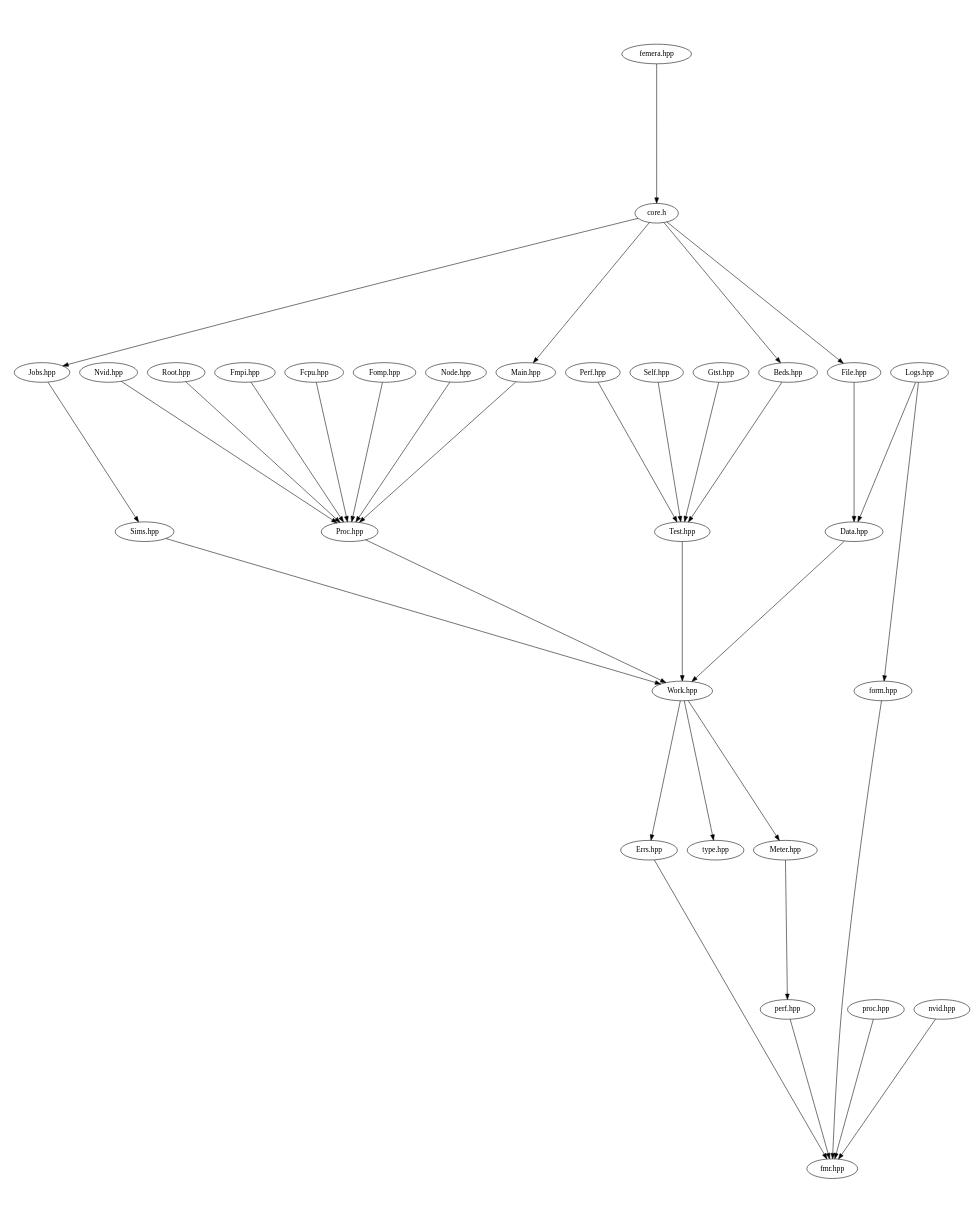
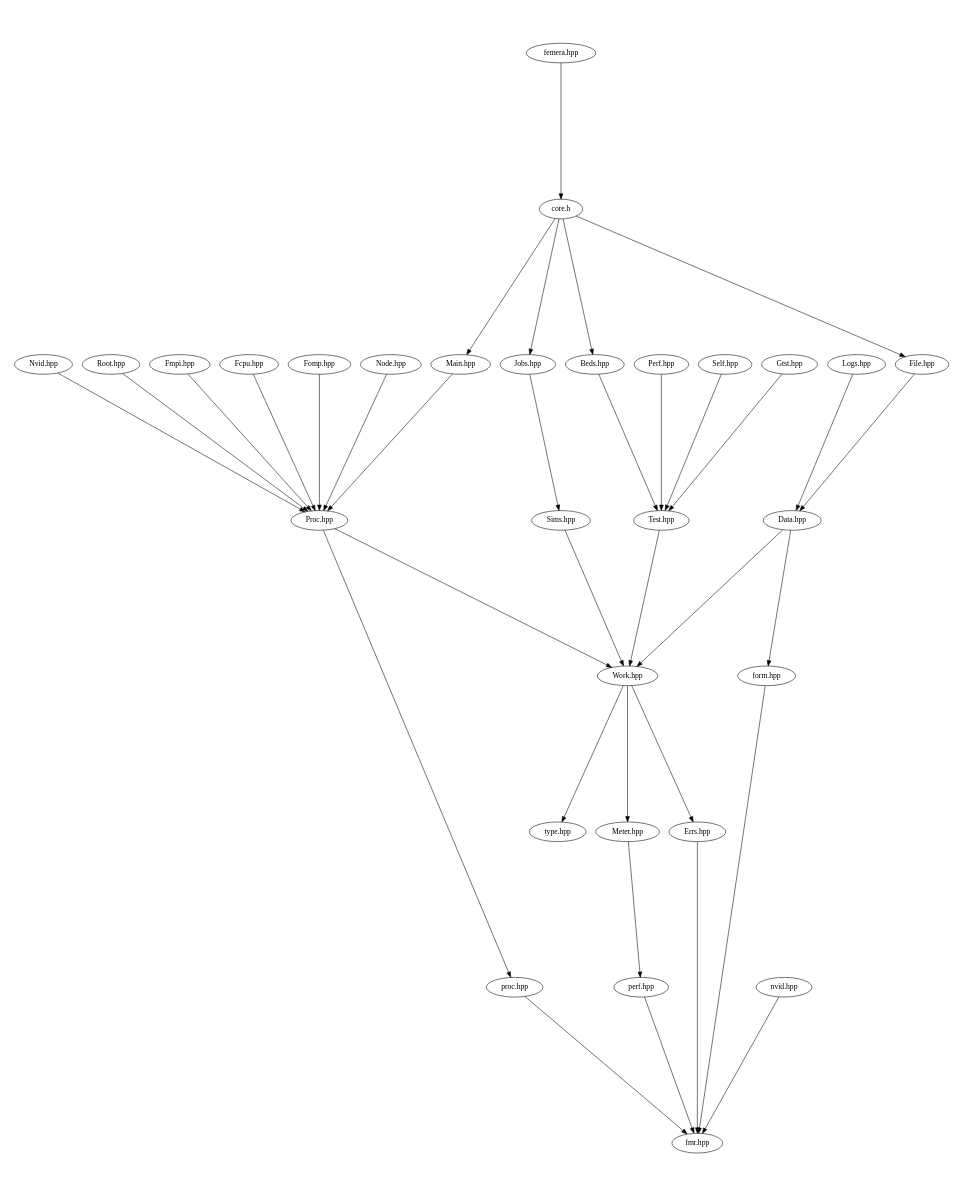
The diagram in src/docs/src-headers.dot (waggyz/femera-mini-app), drawn with Graphviz before and after one commit. The commit also changed 14 other files, not shown here.

```diff
--- a/src/docs/src-headers.dot
+++ b/src/docs/src-headers.dot
@@ -1,41 +1,42 @@
 digraph "source tree" {
     overlap=scale;
     size="8,10";
     ratio="fill";
     fontsize="16";
     fontname="Helvetica";
 	clusterrank="local";
 	"Meter.hpp" -> "perf.hpp"
 	"Sims.hpp" -> "Work.hpp"
 	"Work.hpp" -> "Errs.hpp"
+	"Proc.hpp" -> "proc.hpp"
 	"proc.hpp" -> "fmr.hpp"
 	"Nvid.hpp" -> "Proc.hpp"
 	"Root.hpp" -> "Proc.hpp"
 	"Perf.hpp" -> "Test.hpp"
 	"core.h" -> "Main.hpp"
 	"nvid.hpp" -> "fmr.hpp"
 	"perf.hpp" -> "fmr.hpp"
 	"Fmpi.hpp" -> "Proc.hpp"
 	"Test.hpp" -> "Work.hpp"
 	"Work.hpp" -> "type.hpp"
 	"Fcpu.hpp" -> "Proc.hpp"
 	"Fomp.hpp" -> "Proc.hpp"
 	"core.h" -> "File.hpp"
 	"Logs.hpp" -> "Data.hpp"
 	"Self.hpp" -> "Test.hpp"
 	"core.h" -> "Beds.hpp"
 	"Errs.hpp" -> "fmr.hpp"
 	"core.h" -> "Jobs.hpp"
 	"Node.hpp" -> "Proc.hpp"
 	"Jobs.hpp" -> "Sims.hpp"
+	"Data.hpp" -> "form.hpp"
 	"File.hpp" -> "Data.hpp"
 	"Beds.hpp" -> "Test.hpp"
 	"Proc.hpp" -> "Work.hpp"
 	"form.hpp" -> "fmr.hpp"
 	"Gtst.hpp" -> "Test.hpp"
 	"Data.hpp" -> "Work.hpp"
 	"femera.hpp" -> "core.h"
 	"Work.hpp" -> "Meter.hpp"
-	"Logs.hpp" -> "form.hpp"
 	"Main.hpp" -> "Proc.hpp"
 }
```
